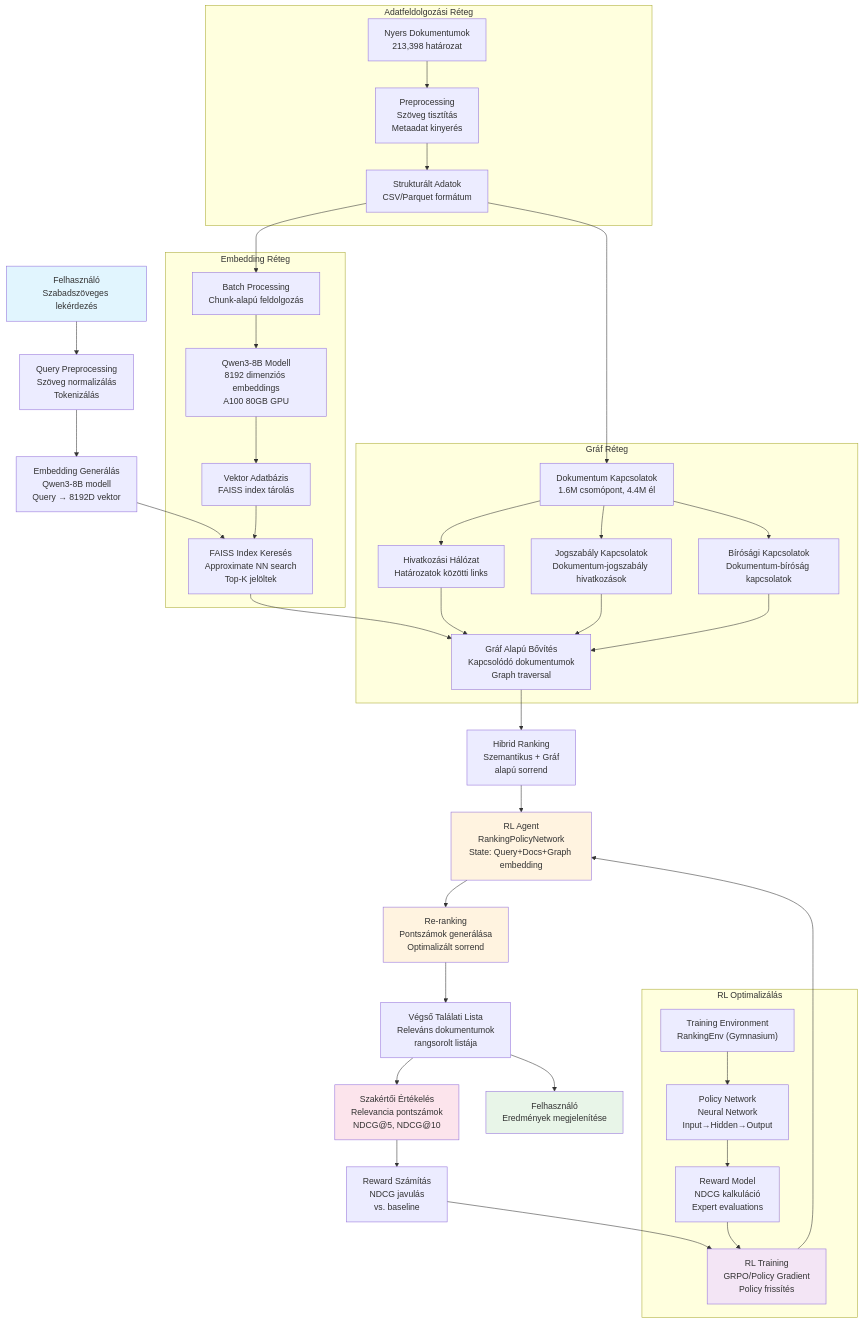
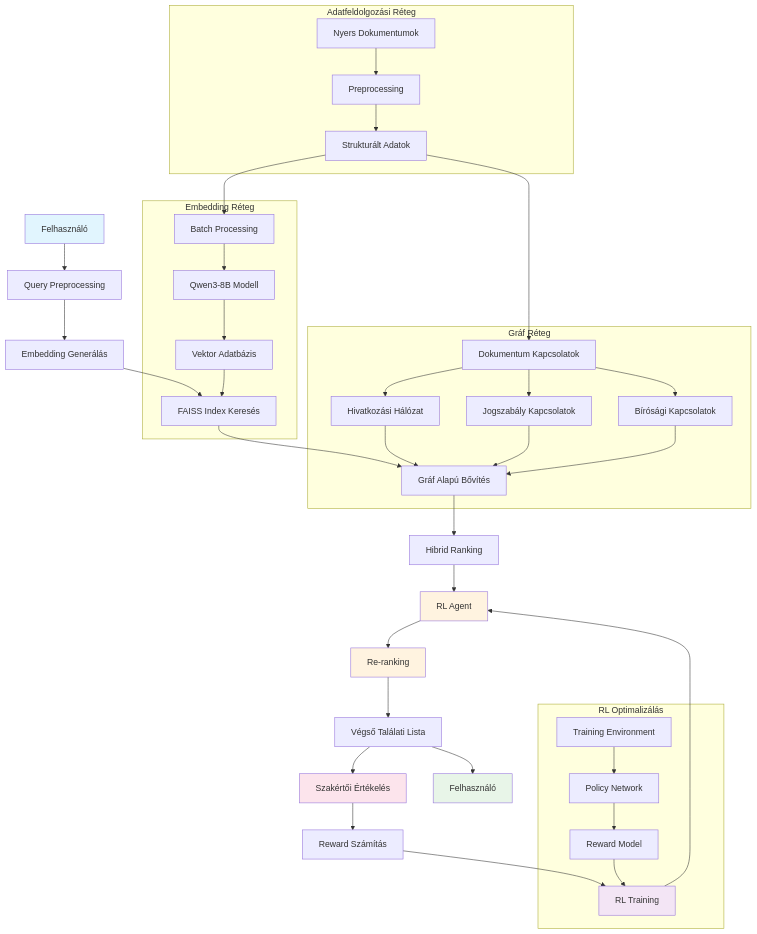
The diagram in README.md (ZeleMate/Szakdolgozat), drawn with Mermaid before and after one commit. The commit also changed other lines of this file, not shown here.

Commit message:
README.md frissítése a diagram elemeinek egyszerűsítésével és a szövegek rövidítésével a rendszer működésének áttekintésében.

````diff
--- a/README.md
+++ b/README.md
@@ -15,71 +15,71 @@
 ```mermaid
 graph TD
-    A["Felhasználó<br/>Szabadszöveges lekérdezés"] --> B["Query Preprocessing<br/>Szöveg normalizálás<br/>Tokenizálás"]
+    A["Felhasználó"] --> B["Query Preprocessing"]
     
-    B --> C["Embedding Generálás<br/>Qwen3-8B modell<br/>Query → 8192D vektor"]
+    B --> C["Embedding Generálás"]
     
-    C --> D["FAISS Index Keresés<br/>Approximate NN search<br/>Top-K jelöltek"]
+    C --> D["FAISS Index Keresés"]
     
-    D --> D1["Gráf Alapú Bővítés<br/>Kapcsolódó dokumentumok<br/>Graph traversal"]
+    D --> D1["Gráf Alapú Bővítés"]
     
-    D1 --> E["Hibrid Ranking<br/>Szemantikus + Gráf<br/>alapú sorrend"]
+    D1 --> E["Hibrid Ranking"]
     
-    E --> F["RL Agent<br/>RankingPolicyNetwork<br/>State: Query+Docs+Graph embedding"]
+    E --> F["RL Agent"]
     
-    F --> G["Re-ranking<br/>Pontszámok generálása<br/>Optimalizált sorrend"]
+    F --> G["Re-ranking"]
     
-    G --> H["Végső Találati Lista<br/>Releváns dokumentumok<br/>rangsorolt listája"]
+    G --> H["Végső Találati Lista"]
     
-    H --> I["Felhasználó<br/>Eredmények megjelenítése"]
+    H --> I["Felhasználó"]
     
-    H --> J["Szakértői Értékelés<br/>Relevancia pontszámok<br/>NDCG@5, NDCG@10"]
+    H --> J["Szakértői Értékelés"]
     
-    J --> K["Reward Számítás<br/>NDCG javulás<br/>vs. baseline"]
+    J --> K["Reward Számítás"]
     
-    K --> L["RL Training<br/>GRPO/Policy Gradient<br/>Policy frissítés"]
+    K --> L["RL Training"]
     
     L --> F
     
     subgraph "Adatfeldolgozási Réteg"
-        M["Nyers Dokumentumok<br/>213,398 határozat"]
-        N["Preprocessing<br/>Szöveg tisztítás<br/>Metaadat kinyerés"]
-        O["Strukturált Adatok<br/>CSV/Parquet formátum"]
+        M["Nyers Dokumentumok"]
+        N["Preprocessing"]
+        O["Strukturált Adatok"]
         M --> N --> O
     end
     
     subgraph "Embedding Réteg"
-        P["Batch Processing<br/>Chunk-alapú feldolgozás"]
-        Q["Qwen3-8B Modell<br/>8192 dimenziós embeddings<br/>A100 80GB GPU"]
-        R["Vektor Adatbázis<br/>FAISS index tárolás"]
+        P["Batch Processing"]
+        Q["Qwen3-8B Modell"]
+        R["Vektor Adatbázis"]
         O --> P --> Q --> R
         R --> D
     end
     
     subgraph "Gráf Réteg"
-        V["Dokumentum Kapcsolatok<br/>1.6M csomópont, 4.4M él"]
-        W["Hivatkozási Hálózat<br/>Határozatok közötti links"]
-        X["Jogszabály Kapcsolatok<br/>Dokumentum-jogszabály hivatkozások"]
-        Y["Bírósági Kapcsolatok<br/>Dokumentum-bíróság kapcsolatok"]
+        V["Dokumentum Kapcsolatok"]
+        W["Hivatkozási Hálózat"]
+        X["Jogszabály Kapcsolatok"]
+        Y["Bírósági Kapcsolatok"]
         O --> V
         V --> W
         V --> X
         V --> Y
         W --> D1
         X --> D1
         Y --> D1
     end
     
     subgraph "RL Optimalizálás"
-        S["Training Environment<br/>RankingEnv (Gymnasium)"]
-        T["Policy Network<br/>Neural Network<br/>Input→Hidden→Output"]
-        U["Reward Model<br/>NDCG kalkuláció<br/>Expert evaluations"]
+        S["Training Environment"]
+        T["Policy Network"]
+        U["Reward Model"]
         S --> T --> U --> L
     end
     
     style A fill:#e1f5fe
     style I fill:#e8f5e8
     style F fill:#fff3e0
     style G fill:#fff3e0
     style J fill:#fce4ec
     style L fill:#f3e5f5
 ```
````
